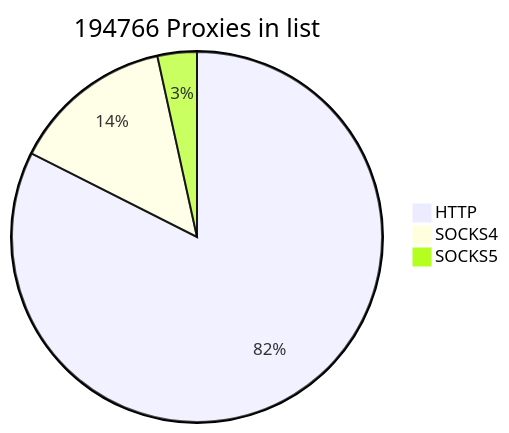
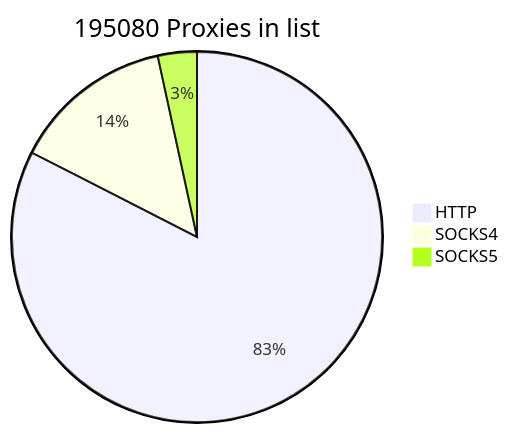
Before and after one commit to cutipu/proxylist: the first of 2 diagrams in README.md, drawn with Mermaid. The commit also changed other lines of this file, not shown here.

````diff
--- a/README.md
+++ b/README.md
@@ -2,7 +2,7 @@
 ```mermaid
-pie title 194766 Proxies in list
-    "HTTP" : 160575
-    "SOCKS4" : 27501
-    "SOCKS5" : 6690
+pie title 195080 Proxies in list
+    "HTTP" : 160984
+    "SOCKS4" : 27459
+    "SOCKS5" : 6637
             
 ```
````
